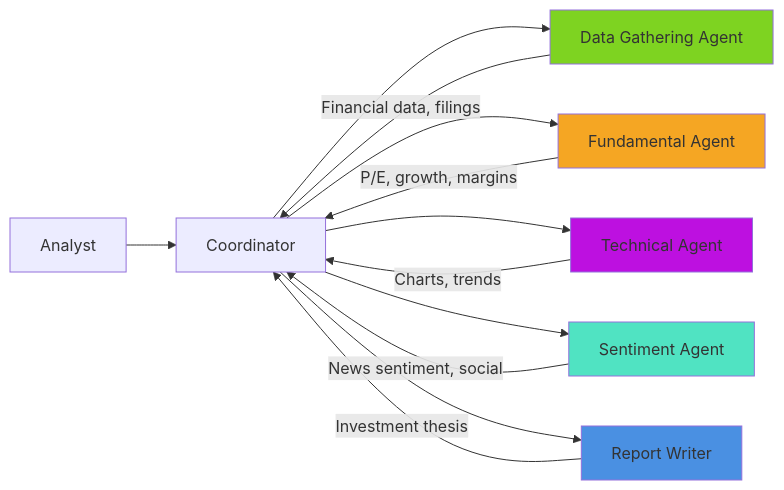
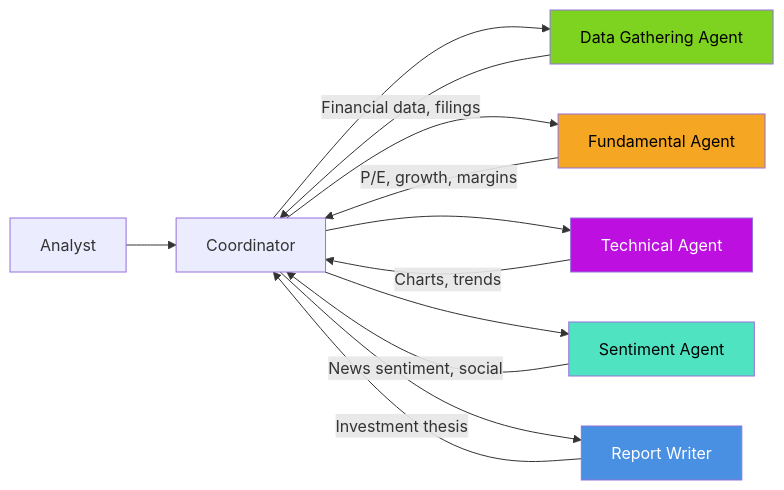
Before and after one commit to EideticPleroma/tutorials: the second of 5 diagrams in lesson-2-multi-agent/tutorial-2/case-studies.md, drawn with Mermaid. The commit also changed other lines of this file and 7 other files, not shown here.

First line of the commit message:
docs: implement color contrast standards across all diagrams

````diff
--- a/lesson-2-multi-agent/tutorial-2/case-studies.md
+++ b/lesson-2-multi-agent/tutorial-2/case-studies.md
@@ -136,22 +136,22 @@
 ```mermaid
 flowchart LR
     User[Analyst] --> Coordinator
     
     Coordinator --> DataGathering[Data Gathering Agent]
     Coordinator --> Fundamental[Fundamental Agent]
     Coordinator --> Technical[Technical Agent]
     Coordinator --> Sentiment[Sentiment Agent]
     Coordinator --> Writer[Report Writer]
     
     DataGathering -->|Financial data, filings| Coordinator
     Fundamental -->|P/E, growth, margins| Coordinator
     Technical -->|Charts, trends| Coordinator
     Sentiment -->|News sentiment, social| Coordinator
     Writer -->|Investment thesis| Coordinator
     
-    style DataGathering fill:#7ED321
-    style Fundamental fill:#F5A623
-    style Technical fill:#BD10E0
-    style Sentiment fill:#50E3C2
-    style Writer fill:#4A90E2
+    style DataGathering fill:#7ED321,color:#000000
+    style Fundamental fill:#F5A623,color:#000000
+    style Technical fill:#BD10E0,color:#FFFFFF
+    style Sentiment fill:#50E3C2,color:#000000
+    style Writer fill:#4A90E2,color:#FFFFFF
 ```
````
